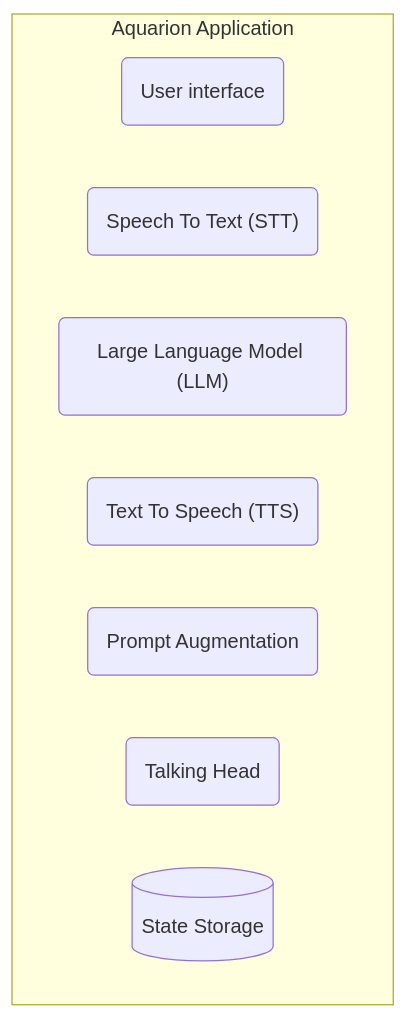
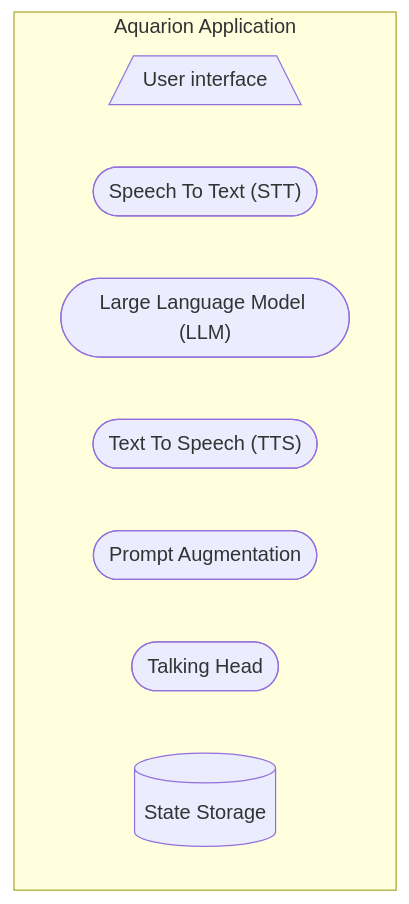
The ninth of 9 diagrams in docs/system_architectures.md (aquarion-ai/aquarion-docs), drawn with Mermaid before and after one commit. The commit also changed other lines of this file, not shown here.

Commit message:
docs: :memo: add final touches to system architecture doc

````diff
--- a/docs/system_architectures.md
+++ b/docs/system_architectures.md
@@ -398,15 +390,15 @@
 ```mermaid
    graph LR
 
    subgraph app[Aquarion Application]
      direction LR
-     ui(User interface)
-     stt("Speech To Text (STT)")
-     llm("Large Language Model (LLM)")
-     tts("Text To Speech (TTS)")
-     prompt(Prompt Augmentation)
-     head(Talking Head)
+     ui[/User interface\]
+     stt(["Speech To Text (STT)"])
+     llm(["Large Language Model (LLM)"])
+     tts(["Text To Speech (TTS)"])
+     prompt([Prompt Augmentation])
+     head([Talking Head])
      db[("State Storage")]
    end
 
 ```
````
